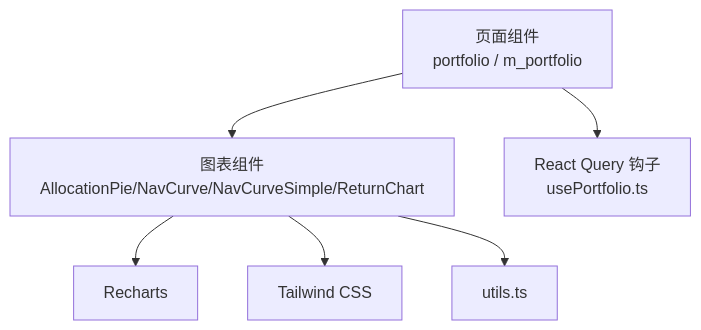
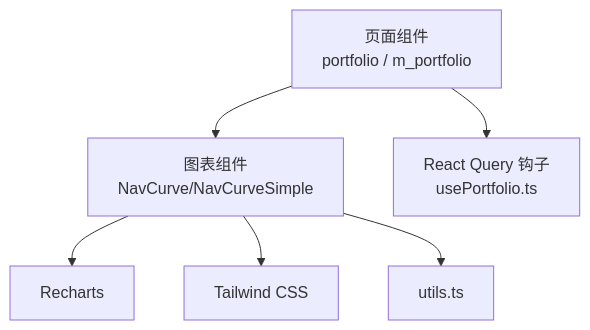
The sixth of 6 diagrams in .qoder/repowiki/zh/content/前端应用架构/组件系统架构/图表组件.md (gujialind/InvestRing), drawn with Mermaid before and after one commit. The commit also changed other lines of this file and 32 other files, not shown here.

````diff
--- a/.qoder/repowiki/zh/content/前端应用架构/组件系统架构/图表组件.md
+++ b/.qoder/repowiki/zh/content/前端应用架构/组件系统架构/图表组件.md
@@ -249,14 +195,14 @@
 ```mermaid
 graph TB
-Charts["图表组件<br/>AllocationPie/NavCurve/NavCurveSimple/ReturnChart"]
+Charts["图表组件<br/>NavCurve/NavCurveSimple"]
 Recharts["Recharts"]
 Tailwind["Tailwind CSS"]
 Utils["utils.ts"]
 Hooks["React Query 钩子<br/>usePortfolio.ts"]
 Pages["页面组件<br/>portfolio / m_portfolio"]
 Pages --> Hooks
 Pages --> Charts
 Charts --> Recharts
 Charts --> Tailwind
 Charts --> Utils
 ```
````
